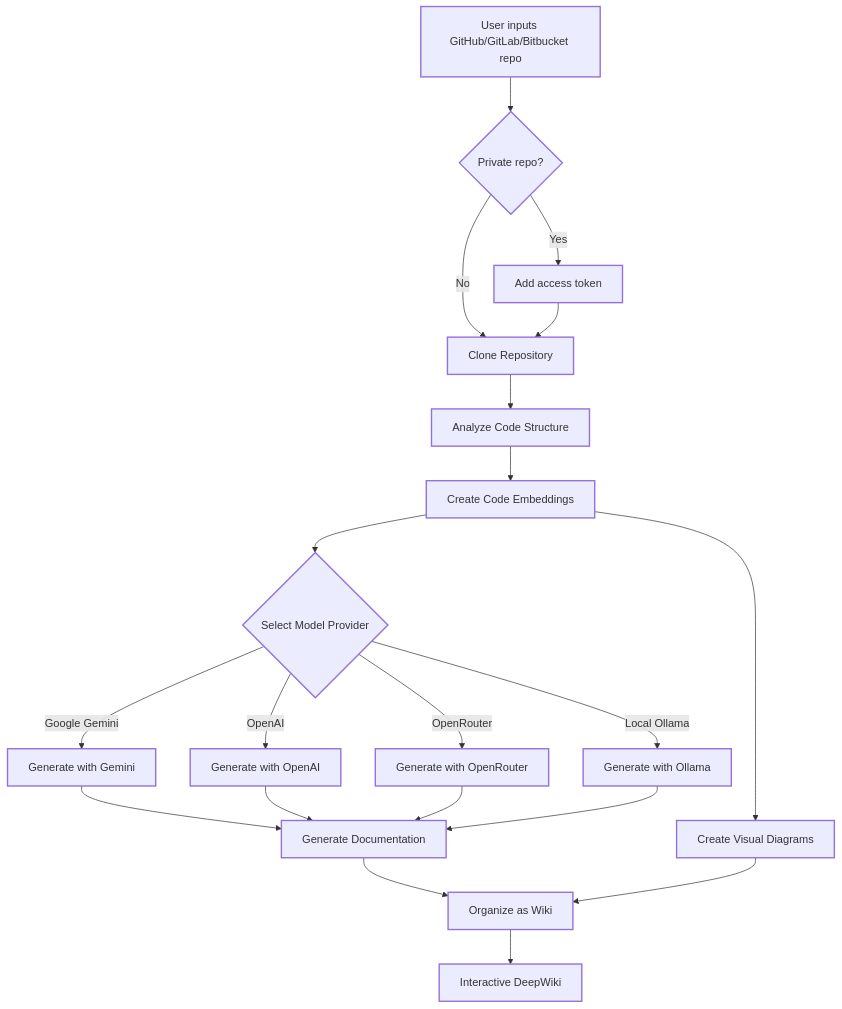
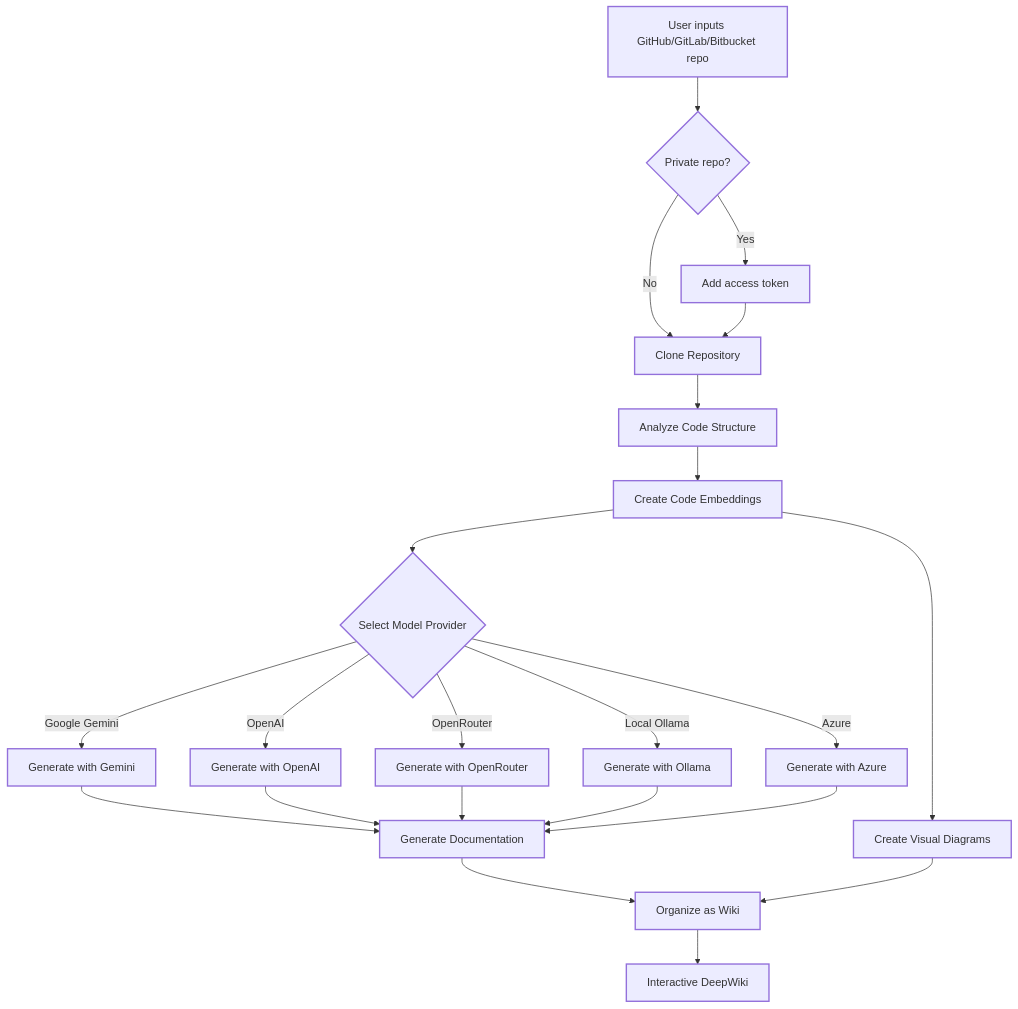
The diagram in README.vi.md (mucsbr/deepwiki-open), drawn with Mermaid before and after one commit. The commit also changed other lines of this file and 3 other files, not shown here.

````diff
--- a/README.vi.md
+++ b/README.vi.md
@@ -120,35 +148,37 @@
 ```mermaid
 graph TD
     A[User inputs GitHub/GitLab/Bitbucket repo] --> AA{Private repo?}
     AA -->|Yes| AB[Add access token]
     AA -->|No| B[Clone Repository]
     AB --> B
     B --> C[Analyze Code Structure]
     C --> D[Create Code Embeddings]
 
     D --> M{Select Model Provider}
     M -->|Google Gemini| E1[Generate with Gemini]
     M -->|OpenAI| E2[Generate with OpenAI]
     M -->|OpenRouter| E3[Generate with OpenRouter]
     M -->|Local Ollama| E4[Generate with Ollama]
+    M -->|Azure| E5[Generate with Azure]
 
     E1 --> E[Generate Documentation]
     E2 --> E
     E3 --> E
     E4 --> E
+    E5 --> E
 
     D --> F[Create Visual Diagrams]
     E --> G[Organize as Wiki]
     F --> G
     G --> H[Interactive DeepWiki]
 
     classDef process stroke-width:2px;
     classDef data stroke-width:2px;
     classDef result stroke-width:2px;
     classDef decision stroke-width:2px;
 
     class A,D data;
     class AA,M decision;
-    class B,C,E,F,G,AB,E1,E2,E3,E4 process;
+    class B,C,E,F,G,AB,E1,E2,E3,E4,E5 process;
     class H result;
 ```
````
